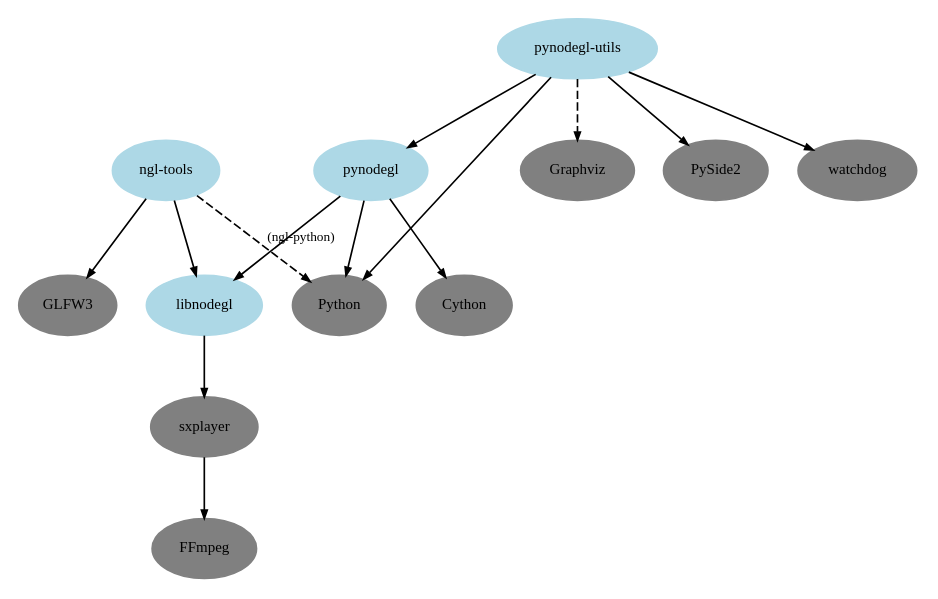
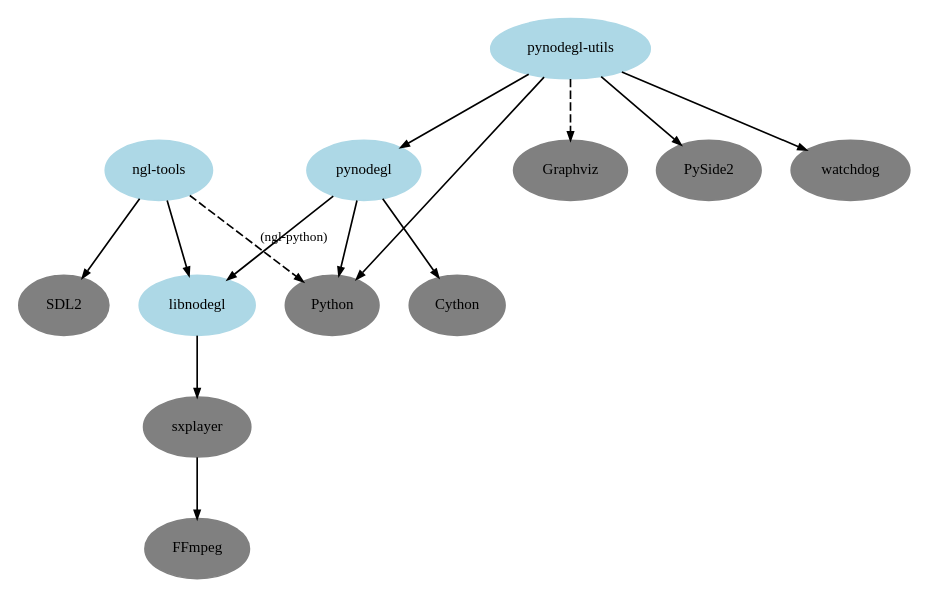
The diagram in doc/project/dependencies.dot (NopeForge/nope.gl), drawn with Graphviz before and after one commit. The commit also changed 14 other files, not shown here.

Commit message:
tools: switch from glfw to sdl

```diff
--- a/doc/project/dependencies.dot
+++ b/doc/project/dependencies.dot
@@ -1,36 +1,36 @@
 digraph {
     splines=line
 
     node[style=filled,fontsize=9]
     edge[fontsize=8,arrowsize=0.5]
 
     node[color=lightblue]
     libnodegl
     ngl_tools[label="ngl-tools"]
     pynodegl
     pynodegl_utils[label="pynodegl-utils"]
 
     node[color=gray]
     cython[label="Cython"]
     ffmpeg[label="FFmpeg"]
-    glfw3[label="GLFW3"]
+    sdl2[label="SDL2"]
     graphviz[label="Graphviz"]
     pyside2[label="PySide2"]
     python[label="Python"]
     sxplayer
     watchdog
 
     sxplayer -> ffmpeg
     libnodegl -> sxplayer
     ngl_tools -> libnodegl
-    ngl_tools -> glfw3
+    ngl_tools -> sdl2
     ngl_tools -> python[style=dashed,label="(ngl-python)"]
     pynodegl -> libnodegl
     pynodegl -> python
     pynodegl -> cython
     pynodegl_utils -> python
     pynodegl_utils -> pynodegl
     pynodegl_utils -> graphviz[style=dashed]
     pynodegl_utils -> pyside2
     pynodegl_utils -> watchdog
 }
```
